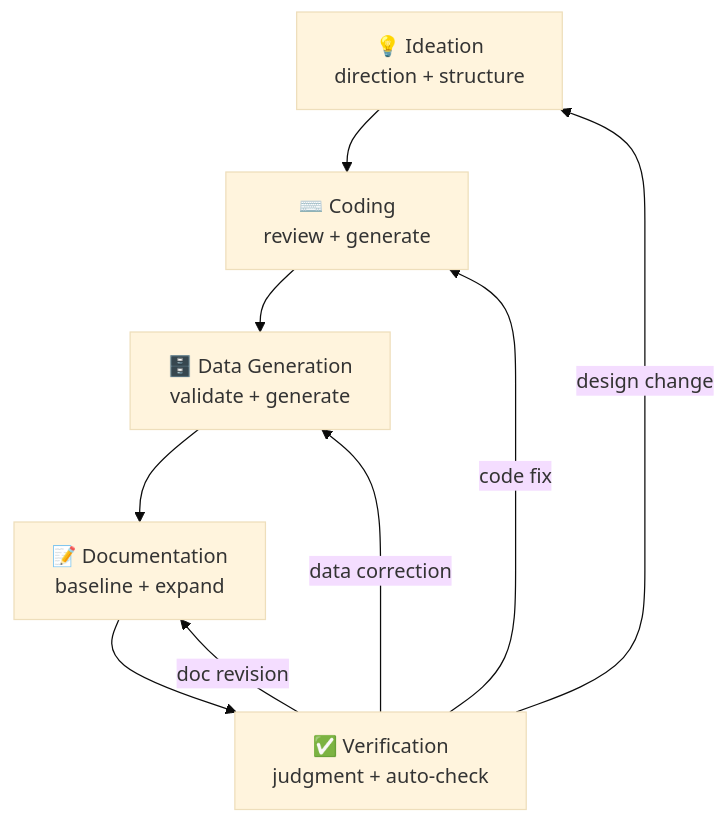
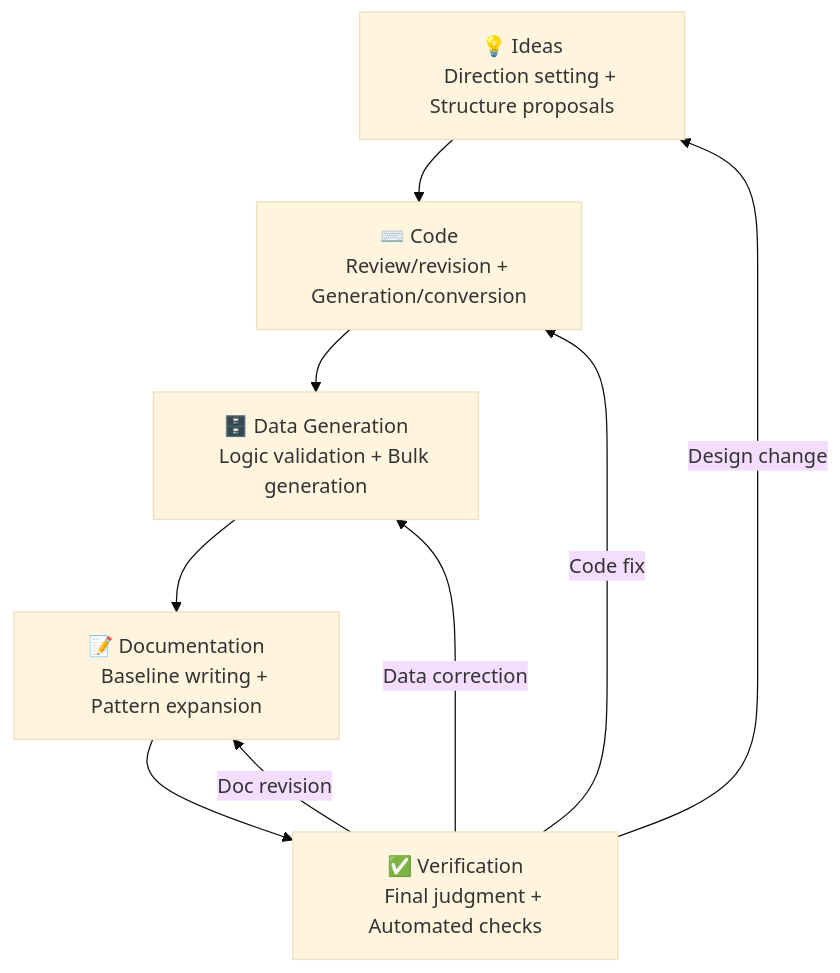
Before and after one commit to civilian7/sql-tutorial: the diagram in docs/en/index.md, drawn with Mermaid (base theme). The commit also changed other lines of this file and 121 other files, not shown here.

````diff
--- a/docs/en/index.md
+++ b/docs/en/index.md
@@ -41,16 +50,16 @@
 ```mermaid
 flowchart TD
-    A["💡 Ideation
-    direction + structure"] --> B["⌨️ Coding
-    review + generate"]
+    A["💡 Ideas
+    Direction setting + Structure proposals"] --> B["⌨️ Code
+    Review/revision + Generation/conversion"]
     B --> C["🗄️ Data Generation
-    validate + generate"]
+    Logic validation + Bulk generation"]
     C --> D["📝 Documentation
-    baseline + expand"]
+    Baseline writing + Pattern expansion"]
     D --> E["✅ Verification
-    judgment + auto-check"]
-    E -->|"design change"| A
-    E -->|"code fix"| B
-    E -->|"data correction"| C
-    E -->|"doc revision"| D
+    Final judgment + Automated checks"]
+    E -->|"Design change"| A
+    E -->|"Code fix"| B
+    E -->|"Data correction"| C
+    E -->|"Doc revision"| D
 ```
````
